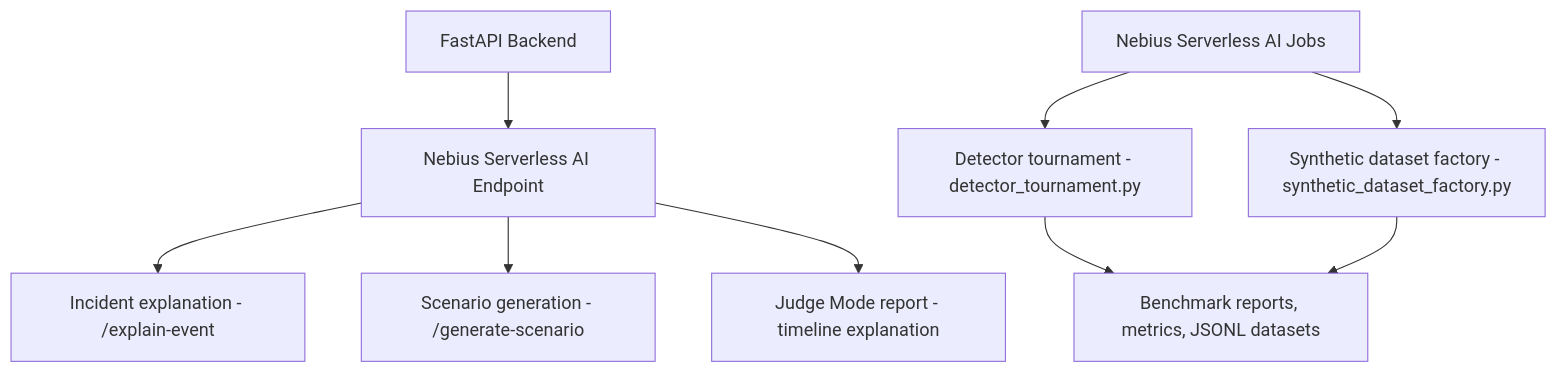
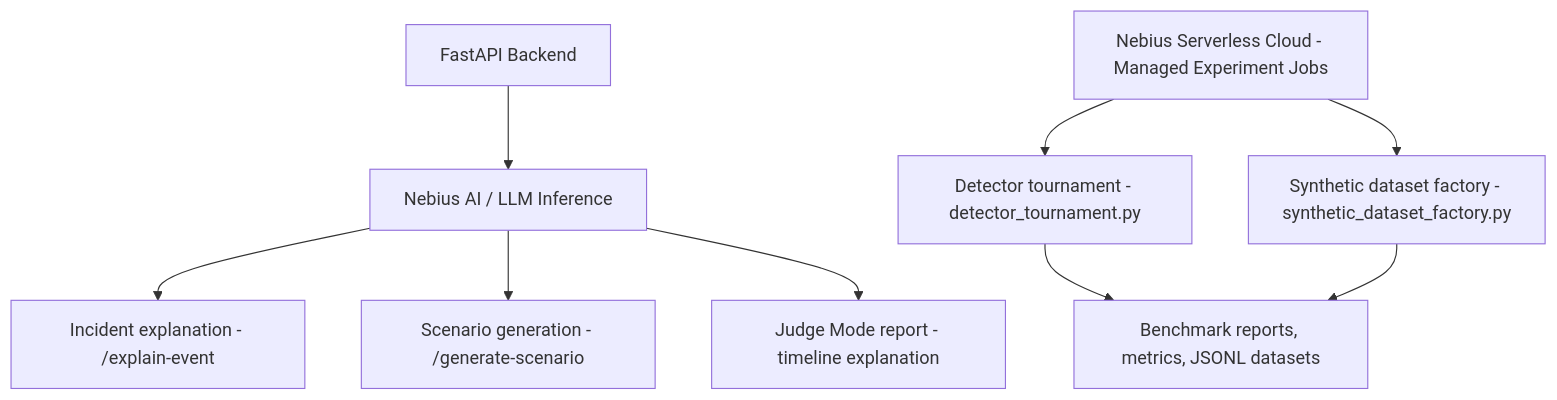
One commit to khab40/aimada changed the first of 12 diagrams in docs/USE_CASES.md. Above: the diagram before and after it, drawn with Mermaid. The commit also changed other lines of this file and 43 other files, not shown here.

````diff
--- a/docs/USE_CASES.md
+++ b/docs/USE_CASES.md
@@ -34,21 +34,21 @@
 ```mermaid
 graph TD
     Backend["FastAPI Backend"]
-    Endpoint["Nebius Serverless AI Endpoint"]
-    Jobs["Nebius Serverless AI Jobs"]
+    Endpoint["Nebius AI / LLM Inference"]
+    Jobs["Nebius Serverless Cloud - Managed Experiment Jobs"]
     Explain["Incident explanation - /explain-event"]
     Scenario["Scenario generation - /generate-scenario"]
     Judge["Judge Mode report - timeline explanation"]
     Tournament["Detector tournament - detector_tournament.py"]
     Dataset["Synthetic dataset factory - synthetic_dataset_factory.py"]
     Artifacts["Benchmark reports, metrics, JSONL datasets"]
 
     Backend --> Endpoint
     Endpoint --> Explain
     Endpoint --> Scenario
     Endpoint --> Judge
     Jobs --> Tournament
     Jobs --> Dataset
     Tournament --> Artifacts
     Dataset --> Artifacts
 ```
````
